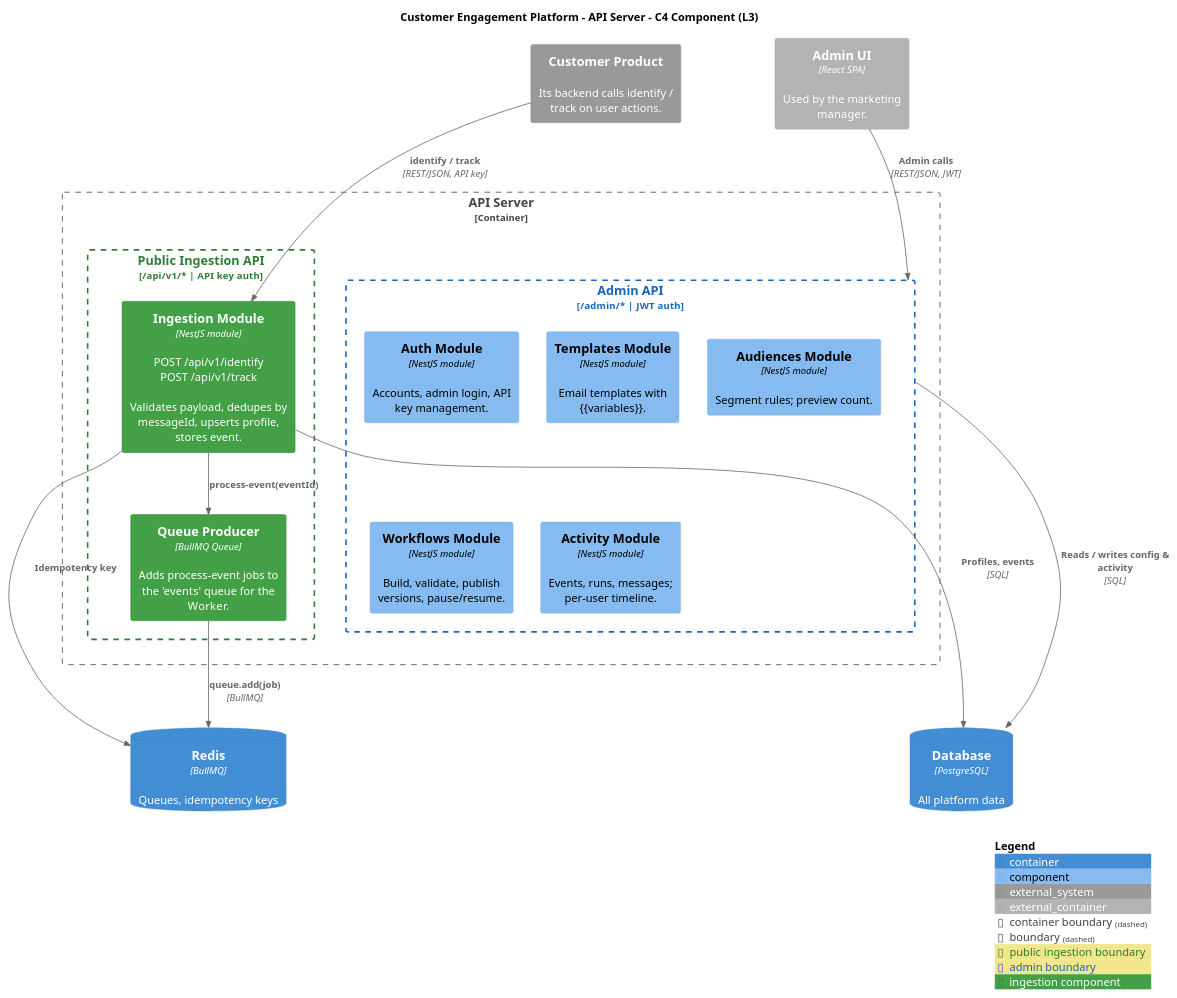
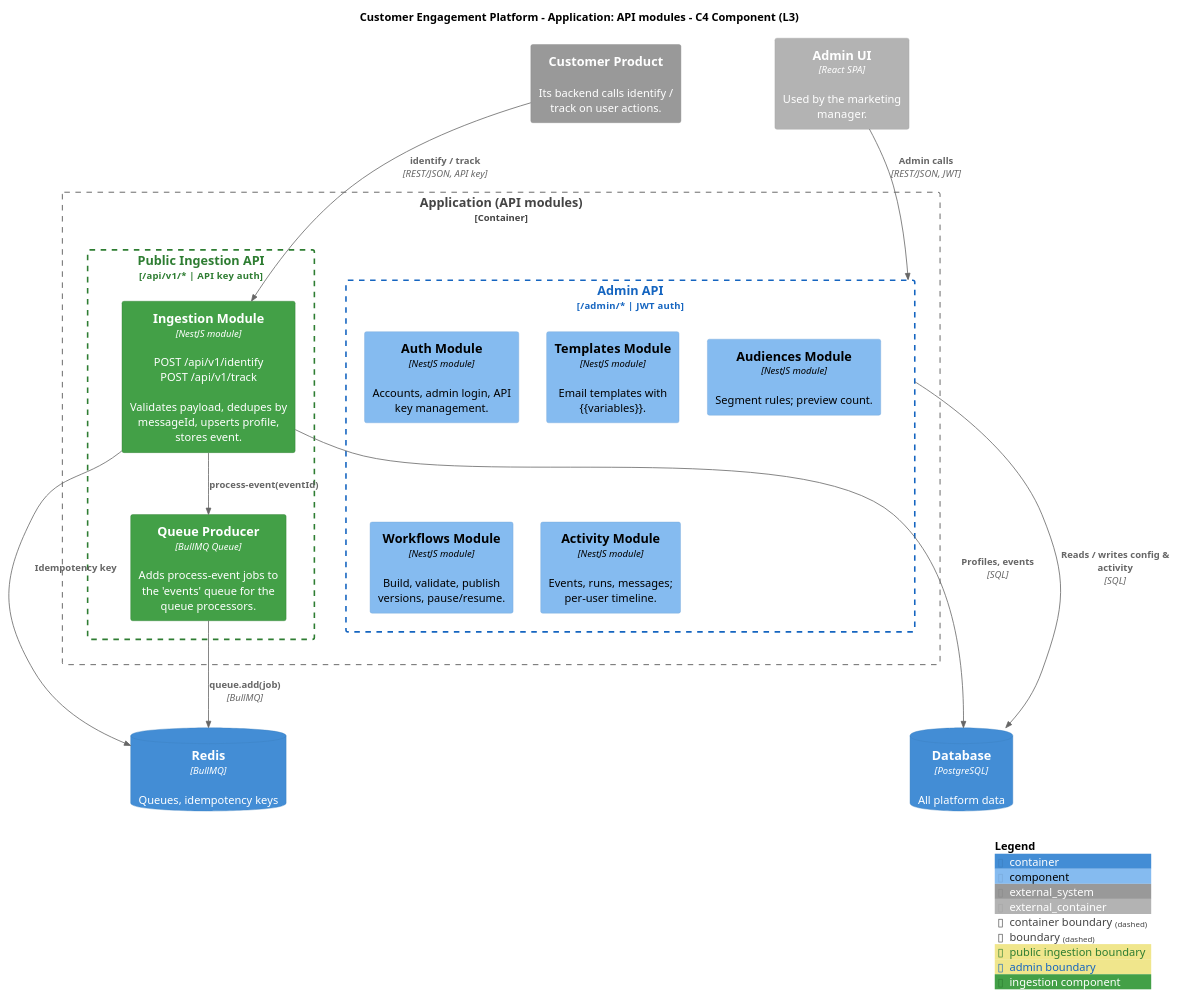
The diagram in documentation/c4-component-api-server.puml (myroslavve/customer-engagement-platform), drawn with PlantUML before and after one commit. The commit also changed 17 other files, not shown here.

```diff
--- a/documentation/c4-component-api-server.puml
+++ b/documentation/c4-component-api-server.puml
@@ -1,54 +1,54 @@
 @startuml C4_L3_API_Server
 !include <C4/C4_Component>
 
-title Customer Engagement Platform - API Server - C4 Component (L3)
+title Customer Engagement Platform - Application: API modules - C4 Component (L3)
 
 AddBoundaryTag("public", $borderColor="#2E7D32", $fontColor="#2E7D32", $borderThickness="2", $legendText="public ingestion boundary")
 AddBoundaryTag("admin", $borderColor="#1565C0", $fontColor="#1565C0", $borderThickness="2", $legendText="admin boundary")
 AddComponentTag("ingest", $bgColor="#43A047", $borderColor="#2E7D32", $fontColor="#ffffff", $legendText="ingestion component")
 
 System_Ext(product, "Customer Product", "Its backend calls identify / track on user actions.")
 Container_Ext(adminUi, "Admin UI", "React SPA", "Used by the marketing manager.")
 
-Container_Boundary(api, "API Server") {
+Container_Boundary(api, "Application (API modules)") {
 
   Boundary(publicApi, "Public Ingestion API", "/api/v1/*  |  API key auth", $tags="public") {
     Component(ingestMod, "Ingestion Module", "NestJS module", "POST /api/v1/identify\nPOST /api/v1/track\n\nValidates payload, dedupes by messageId, upserts profile, stores event.", $tags="ingest")
-    Component(producer, "Queue Producer", "BullMQ Queue", "Adds process-event jobs to the 'events' queue for the Worker.", $tags="ingest")
+    Component(producer, "Queue Producer", "BullMQ Queue", "Adds process-event jobs to the 'events' queue for the queue processors.", $tags="ingest")
   }
 
   Boundary(adminApi, "Admin API", "/admin/*  |  JWT auth", $tags="admin") {
     Component(authMod, "Auth Module", "NestJS module", "Accounts, admin login, API key management.")
     Component(templatesMod, "Templates Module", "NestJS module", "Email templates with {{variables}}.")
     Component(audiencesMod, "Audiences Module", "NestJS module", "Segment rules; preview count.")
     Component(workflowsMod, "Workflows Module", "NestJS module", "Build, validate, publish versions, pause/resume.")
     Component(activityMod, "Activity Module", "NestJS module", "Events, runs, messages; per-user timeline.")
   }
 }
 
 ContainerDb(redis, "Redis", "BullMQ", "Queues, idempotency keys")
 ContainerDb(pg, "Database", "PostgreSQL", "All platform data")
 
 ' ---- layout hints ----
 Lay_R(product, adminUi)
 Lay_R(publicApi, adminApi)
 Lay_D(ingestMod, producer)
 Lay_R(authMod, templatesMod)
 Lay_R(templatesMod, audiencesMod)
 Lay_D(authMod, workflowsMod)
 Lay_R(workflowsMod, activityMod)
 Lay_R(redis, pg)
 
 ' ---- ingestion path ----
 Rel(product, ingestMod, "identify / track", "REST/JSON, API key")
 Rel(ingestMod, producer, "process-event(eventId)")
 Rel(ingestMod, pg, "Profiles, events", "SQL")
 Rel(ingestMod, redis, "Idempotency key")
 Rel(producer, redis, "queue.add(job)", "BullMQ")
 
 ' ---- admin path ----
 Rel(adminUi, adminApi, "Admin calls", "REST/JSON, JWT")
 Rel(adminApi, pg, "Reads / writes config & activity", "SQL")
 
 SHOW_LEGEND()
 @enduml
```
